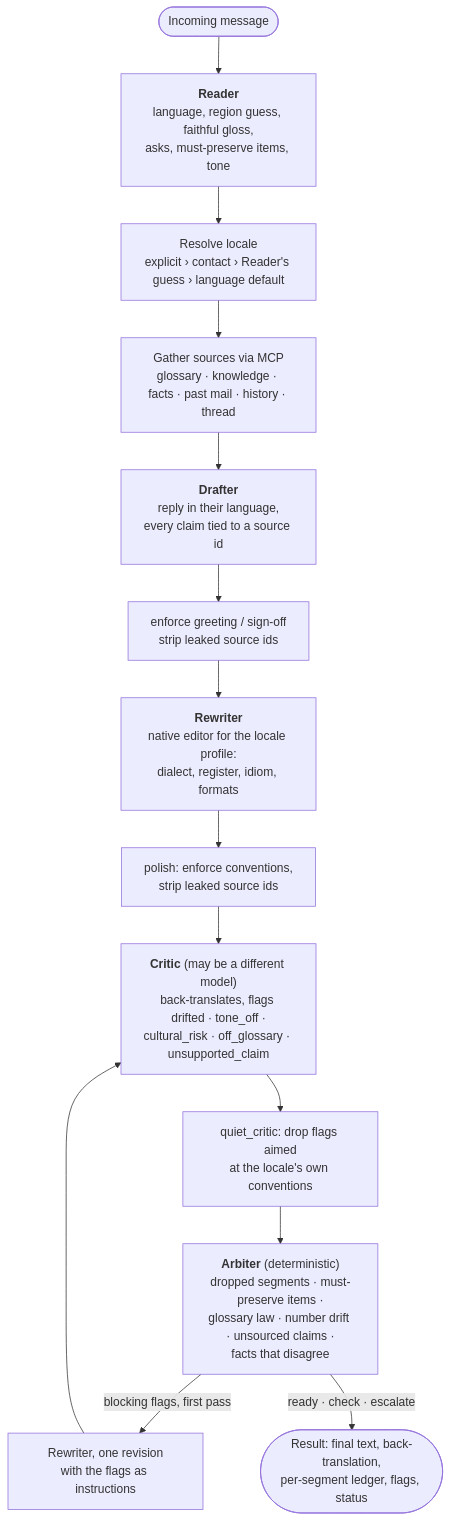
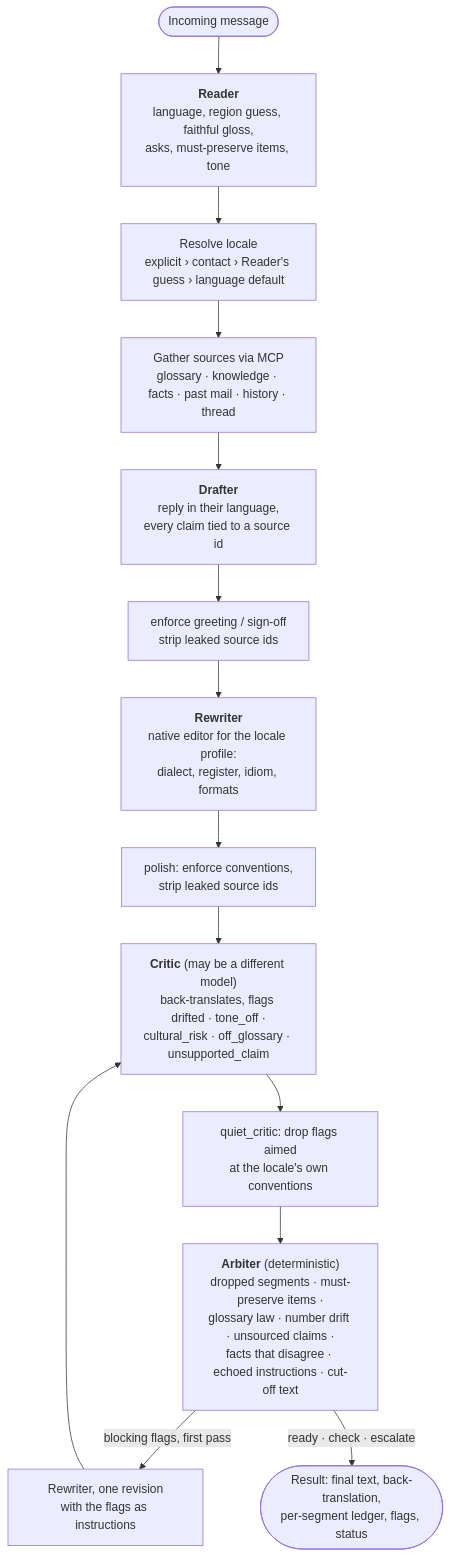
Before and after one commit to Saltef/Localect: the second of 4 diagrams in docs/ARCHITECTURE.md, drawn with Mermaid. The commit also changed other lines of this file and 20 other files, not shown here.

First line of the commit message:
Read the second run's failures: Critic drift rule, echoed-instruction and cut-off checks, scorer fixes (#27)

````diff
--- a/docs/ARCHITECTURE.md
+++ b/docs/ARCHITECTURE.md
@@ -79,26 +79,26 @@
 ```mermaid
 flowchart TB
     IN([Incoming message]) --> R
 
     R["<b>Reader</b><br/>language, region guess, faithful gloss,<br/>asks, must-preserve items, tone"]
     R --> LOC["Resolve locale<br/>explicit › contact › Reader's guess › language default"]
     LOC --> SRC["Gather sources via MCP<br/>glossary · knowledge · facts · past mail · history · thread"]
     SRC --> D
 
     D["<b>Drafter</b><br/>reply in their language,<br/>every claim tied to a source id"]
     D --> E1["enforce greeting / sign-off<br/>strip leaked source ids"]
     E1 --> RW
 
     RW["<b>Rewriter</b><br/>native editor for the locale profile:<br/>dialect, register, idiom, formats"]
     RW --> E2["polish: enforce conventions,<br/>strip leaked source ids"]
     E2 --> C
 
     C["<b>Critic</b> (may be a different model)<br/>back-translates, flags drifted · tone_off ·<br/>cultural_risk · off_glossary · unsupported_claim"]
     C --> QC["quiet_critic: drop flags aimed<br/>at the locale's own conventions"]
     QC --> A
 
-    A["<b>Arbiter</b> (deterministic)<br/>dropped segments · must-preserve items ·<br/>glossary law · number drift · unsourced claims ·<br/>facts that disagree"]
+    A["<b>Arbiter</b> (deterministic)<br/>dropped segments · must-preserve items ·<br/>glossary law · number drift · unsourced claims ·<br/>facts that disagree · echoed instructions · cut-off text"]
     A -->|blocking flags, first pass| RW2["Rewriter, one revision<br/>with the flags as instructions"]
     RW2 --> C
     A -->|"ready · check · escalate"| OUT([Result: final text, back-translation,<br/>per-segment ledger, flags, status])
 ```
````
